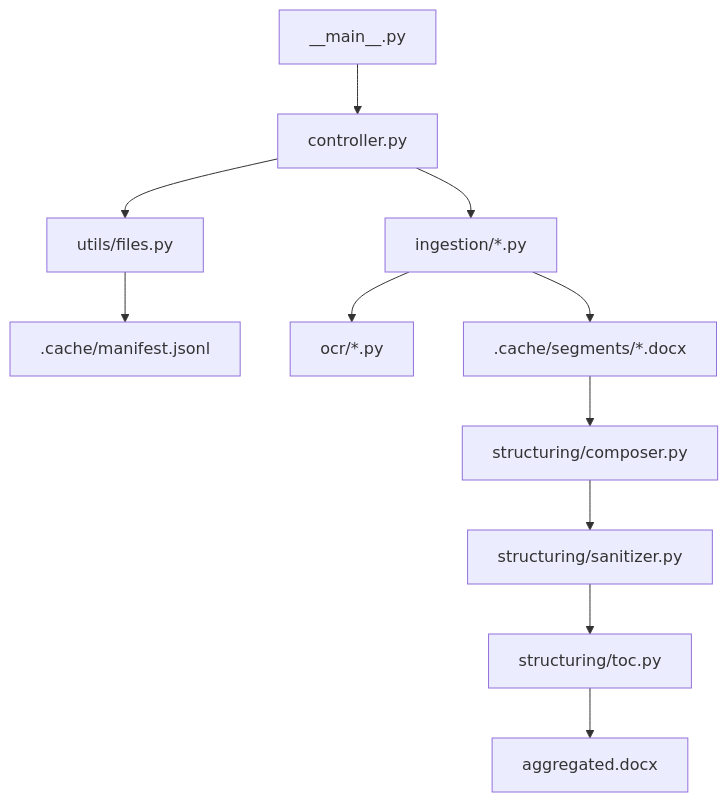
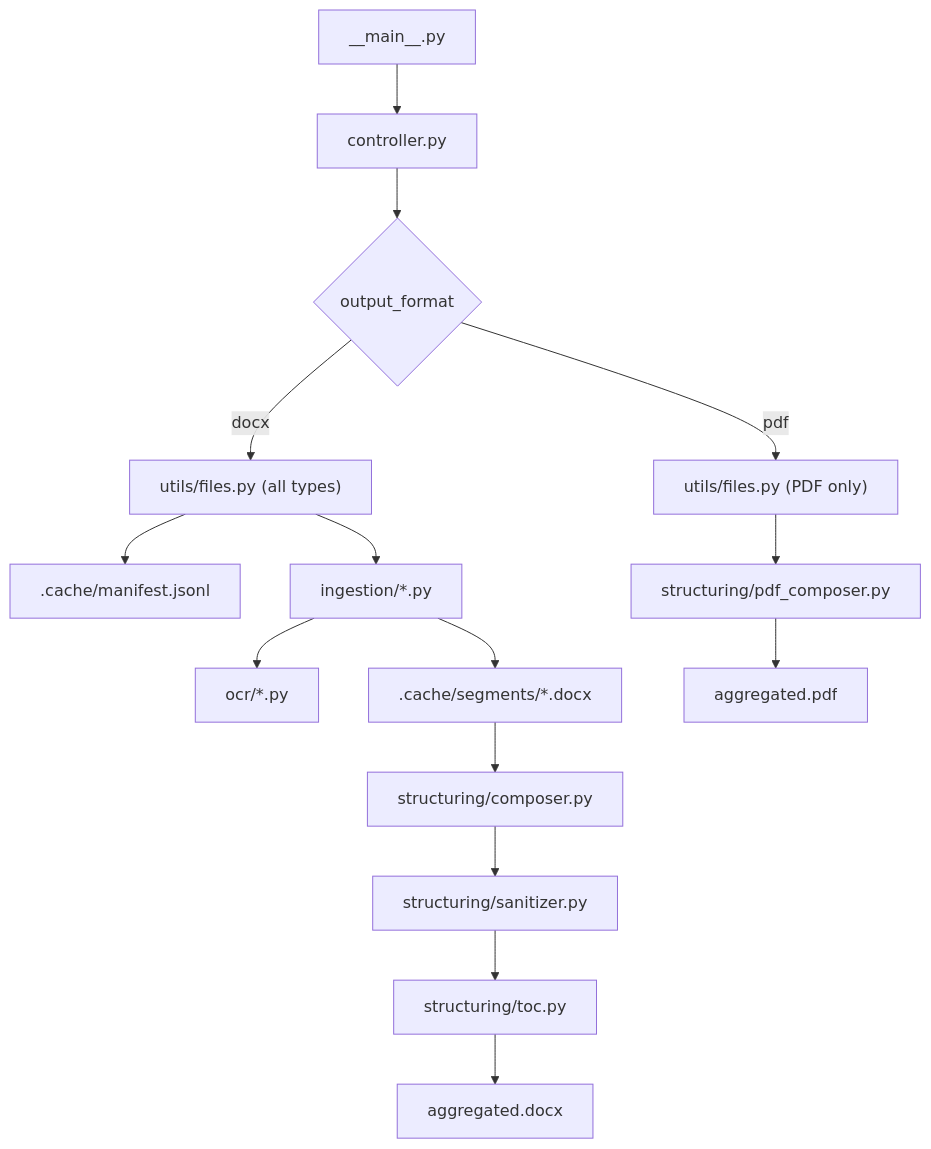
The diagram in README.md (EugeneJosephCruz/doc-aggregator), drawn with Mermaid before and after one commit. The commit also changed other lines of this file, not shown here.

First line of the commit message:
docs: document --pdf mode in README

````diff
--- a/README.md
+++ b/README.md
@@ -57,13 +78,17 @@
 ```mermaid
 flowchart TD
     CLI["__main__.py"] --> Controller["controller.py"]
-    Controller --> Scanner["utils/files.py"]
+    Controller --> ModeSwitch{output_format}
+    ModeSwitch -->|docx| Scanner["utils/files.py (all types)"]
+    ModeSwitch -->|pdf| PdfScanner["utils/files.py (PDF only)"]
     Scanner --> Manifest[".cache/manifest.jsonl"]
-    Controller --> Extractors["ingestion/*.py"]
+    Scanner --> Extractors["ingestion/*.py"]
     Extractors --> OCR["ocr/*.py"]
     Extractors --> Segments[".cache/segments/*.docx"]
     Segments --> Composer["structuring/composer.py"]
     Composer --> Sanitizer["structuring/sanitizer.py"]
     Sanitizer --> TOC["structuring/toc.py"]
-    TOC --> Output["aggregated.docx"]
+    TOC --> DocxOutput["aggregated.docx"]
+    PdfScanner --> PdfComposer["structuring/pdf_composer.py"]
+    PdfComposer --> PdfOutput["aggregated.pdf"]
 ```
````
